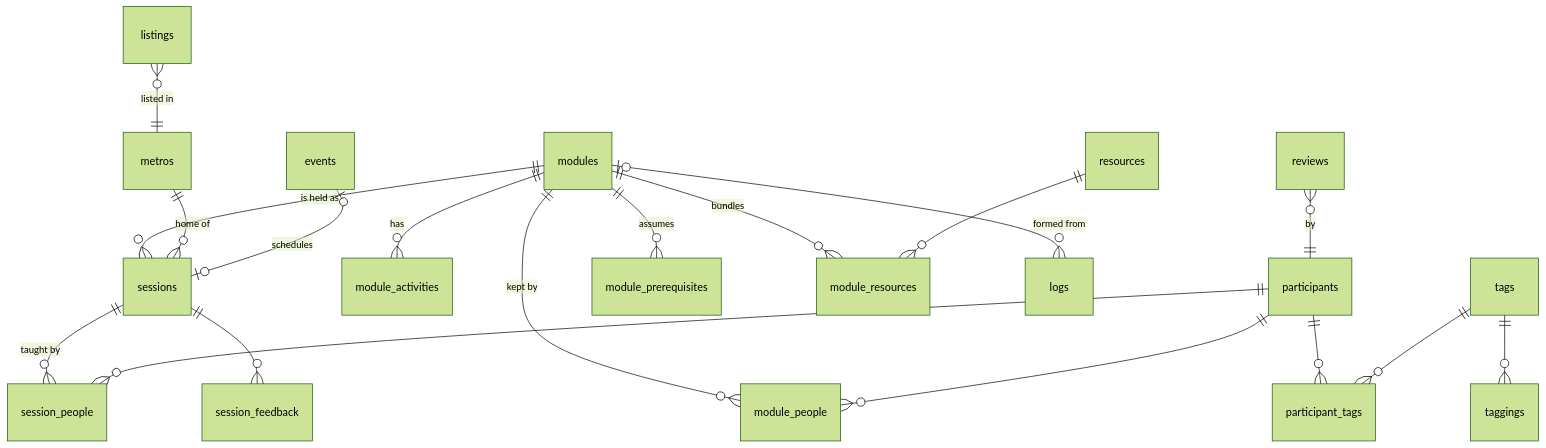
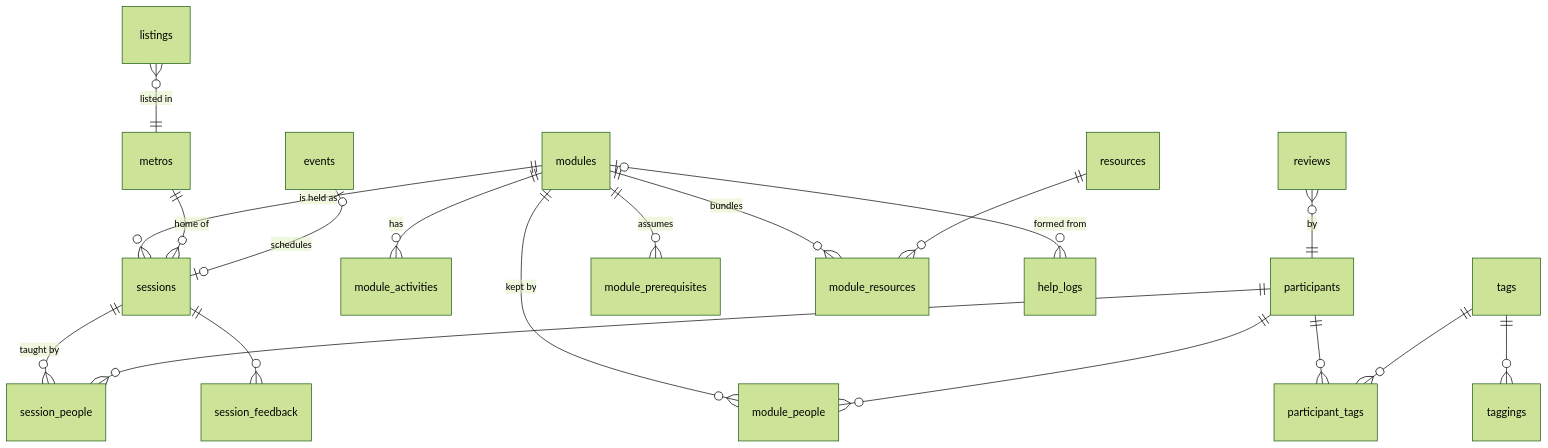
The diagram in prototypes/module-catalog/schema.md (wash-TheUpskillingLabs/c04-scaffolding), drawn with Mermaid (forest theme) before and after one commit. The commit also changed other lines of this file, not shown here.

First line of the commit message:
Schema draft: name the capture Help Log; add what didn't work, outcome and follow-up

````diff
--- a/prototypes/module-catalog/schema.md
+++ b/prototypes/module-catalog/schema.md
@@ -120,21 +121,21 @@
 ```mermaid
 erDiagram
     modules ||--o{ sessions : "is held as"
     metros ||--o{ sessions : "home of"
     events |o--o| sessions : "schedules"
     modules ||--o{ module_activities : "has"
     modules ||--o{ module_people : "kept by"
     sessions ||--o{ session_people : "taught by"
     participants ||--o{ module_people : ""
     participants ||--o{ session_people : ""
     modules ||--o{ module_prerequisites : "assumes"
     modules ||--o{ module_resources : "bundles"
     resources ||--o{ module_resources : ""
-    modules |o--o{ logs : "formed from"
+    modules |o--o{ help_logs : "formed from"
     tags ||--o{ taggings : ""
     participants ||--o{ participant_tags : ""
     tags ||--o{ participant_tags : ""
     sessions ||--o{ session_feedback : ""
     listings }o--|| metros : "listed in"
     reviews }o--|| participants : "by"
 ```
````
